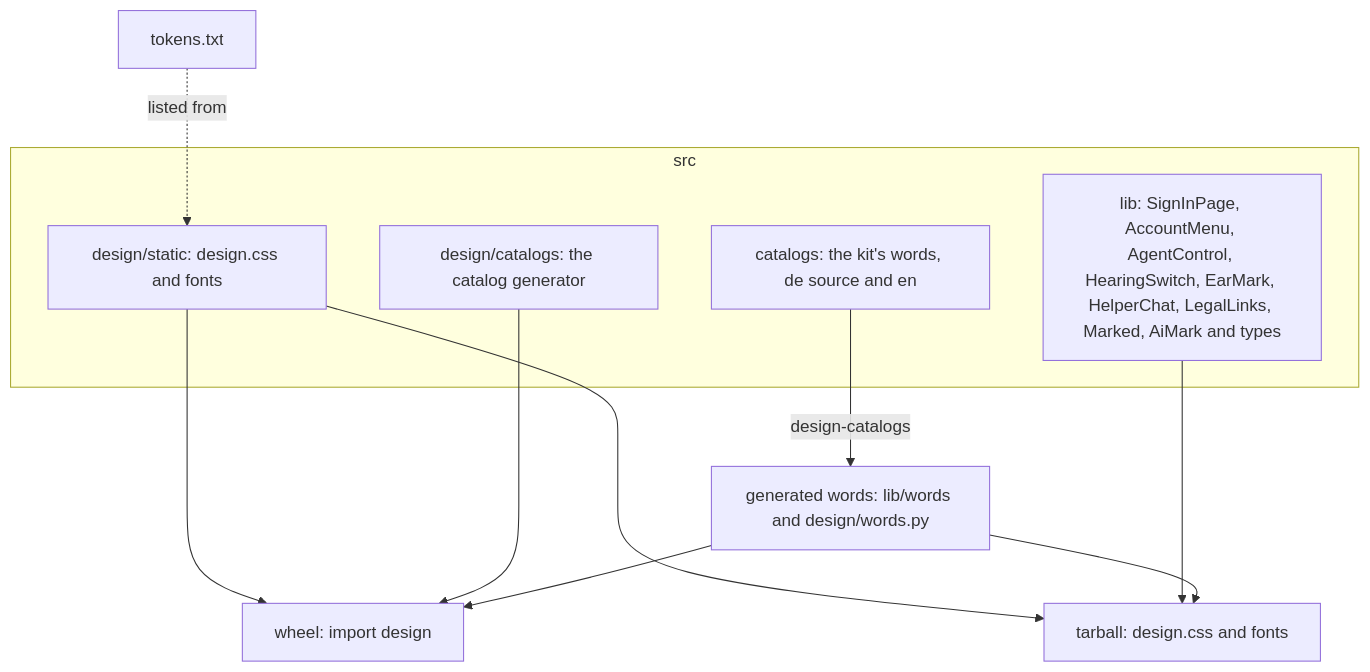
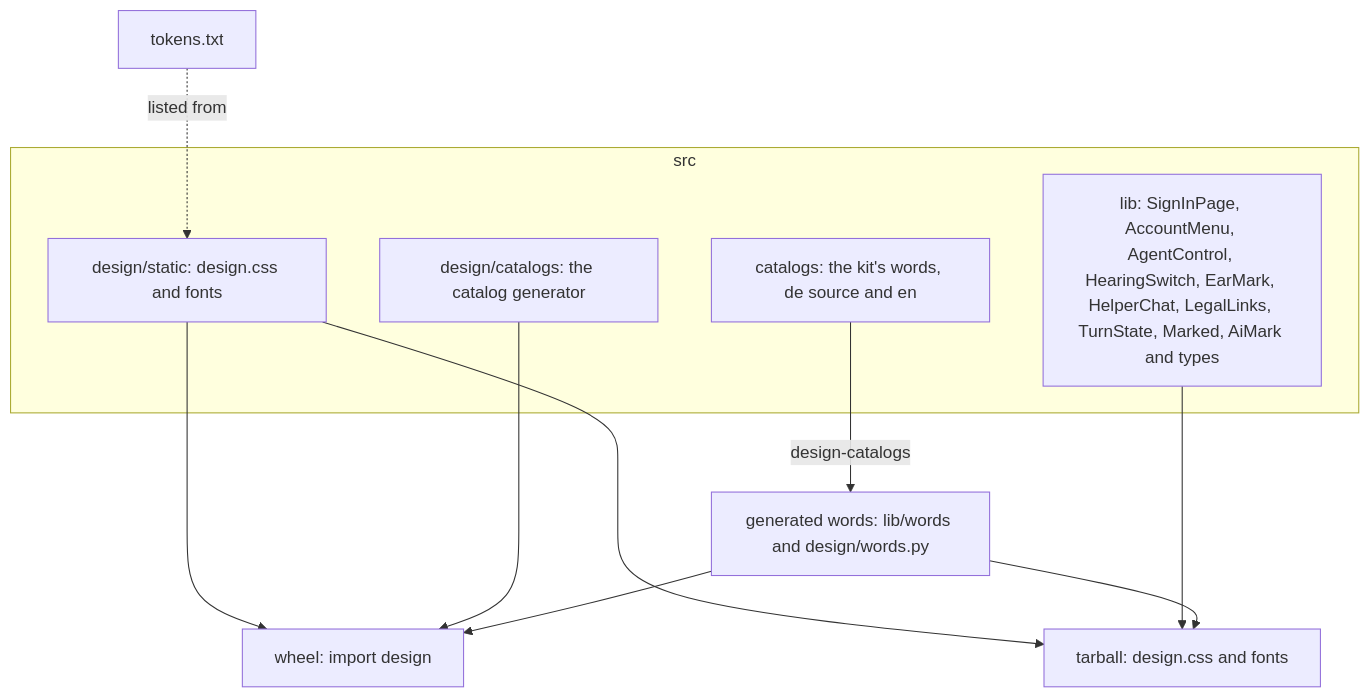
The second of 3 diagrams in docs/ARCHITECTURE.md (overnightworks/appkit), drawn with Mermaid before and after one commit. The commit also changed other lines of this file and 22 other files, not shown here.

````diff
--- a/docs/ARCHITECTURE.md
+++ b/docs/ARCHITECTURE.md
@@ -34,17 +34,17 @@
 ```mermaid
 flowchart TB
   subgraph source[src]
     css[design/static: design.css and fonts]
-    comp[lib: SignInPage, AccountMenu, AgentControl, HearingSwitch, EarMark, HelperChat, LegalLinks, Marked, AiMark and types]
+    comp[lib: SignInPage, AccountMenu, AgentControl, HearingSwitch, EarMark, HelperChat, LegalLinks, TurnState, Marked, AiMark and types]
     gen[design/catalogs: the catalog generator]
     cat[catalogs: the kit's words, de source and en]
   end
   cat -- design-catalogs --> words[generated words: lib/words and design/words.py]
   css --> wheel[wheel: import design]
   gen --> wheel
   words --> wheel
   css --> tgz[tarball: design.css and fonts]
   comp --> tgz
   words --> tgz
   tokens[tokens.txt] -. listed from .-> css
 ```
````
